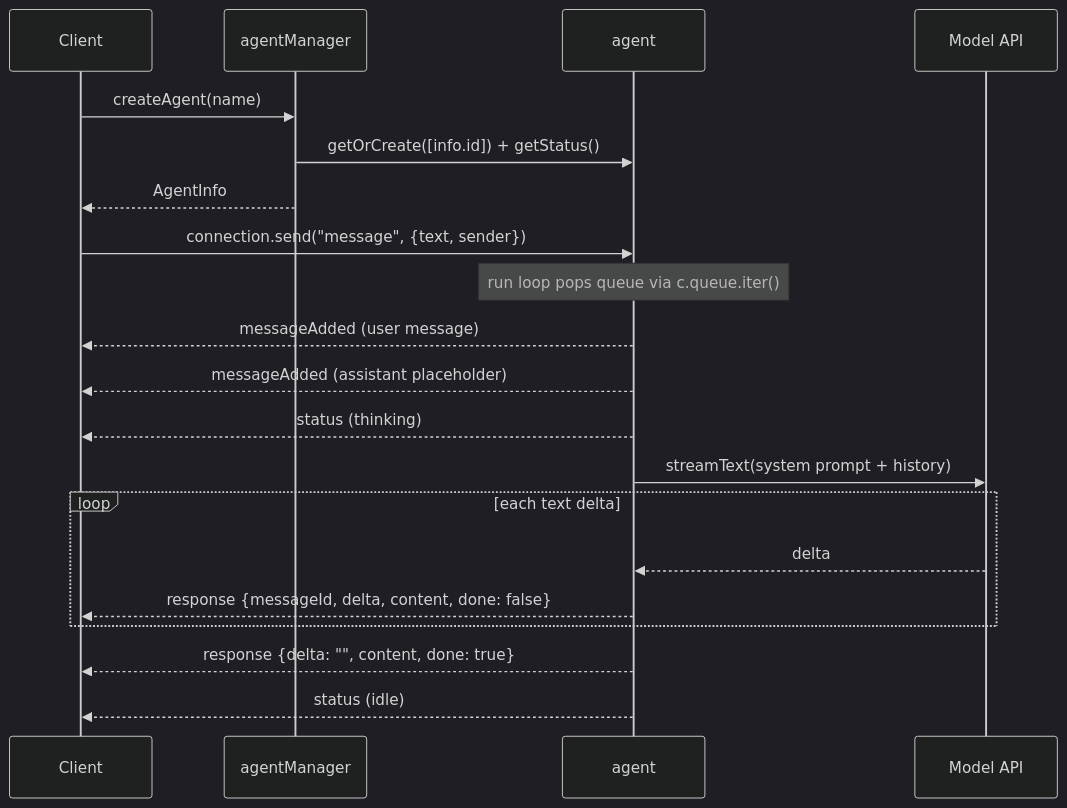
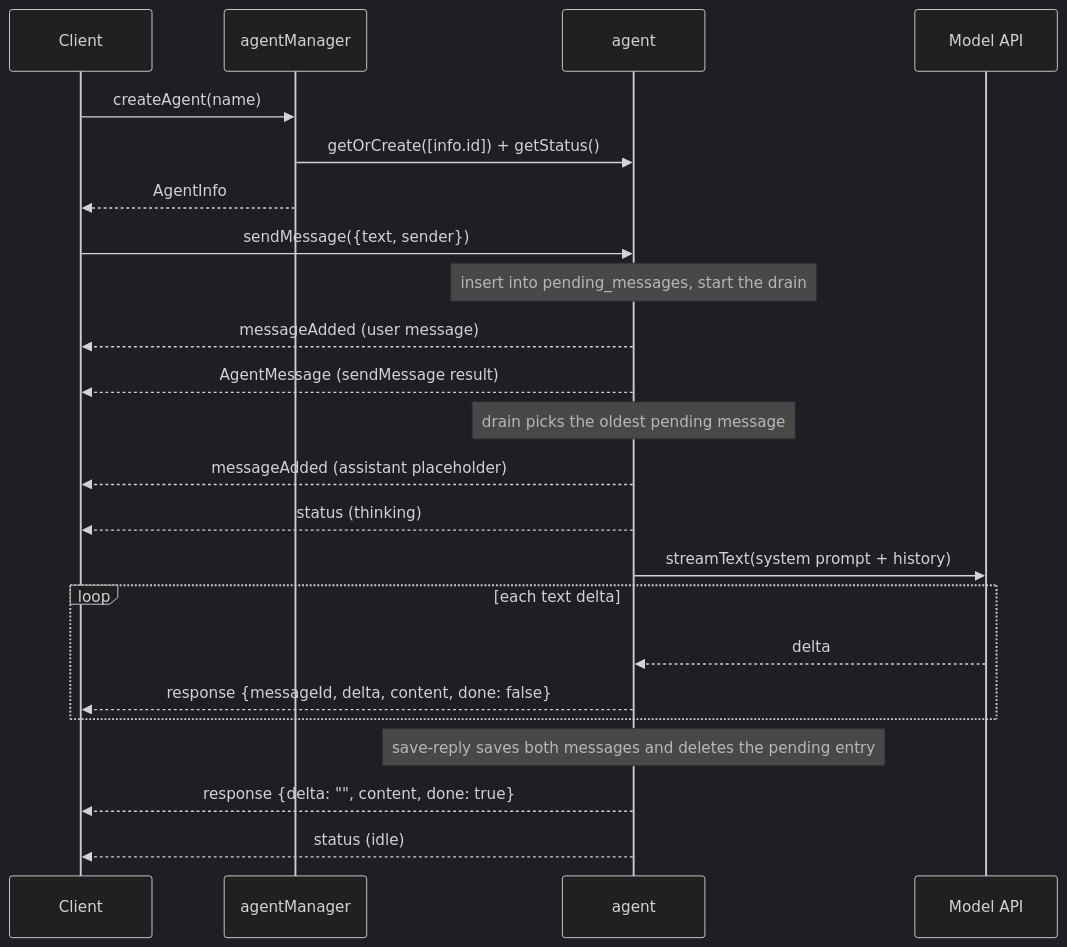
Before and after one commit to rivet-dev/rivet: the diagram in docs/actors/content/guides/ai-agent.mdx, drawn with Mermaid (dark theme). The commit also changed other lines of this file and 494 other files, not shown here.

````diff
--- a/docs/actors/content/guides/ai-agent.mdx
+++ b/docs/actors/content/guides/ai-agent.mdx
@@ -100,23 +107,26 @@
 ```mermaid
 sequenceDiagram
 	participant C as Client
 	participant AM as agentManager
 	participant A as agent
 	participant LLM as Model API
 
 	C->>AM: createAgent(name)
 	AM->>A: getOrCreate([info.id]) + getStatus()
 	AM-->>C: AgentInfo
-	C->>A: connection.send("message", {text, sender})
-	Note over A: run loop pops queue via c.queue.iter()
+	C->>A: sendMessage({text, sender})
+	Note over A: insert into pending_messages, start the drain
 	A-->>C: messageAdded (user message)
+	A-->>C: AgentMessage (sendMessage result)
+	Note over A: drain picks the oldest pending message
 	A-->>C: messageAdded (assistant placeholder)
 	A-->>C: status (thinking)
 	A->>LLM: streamText(system prompt + history)
 	loop each text delta
 		LLM-->>A: delta
 		A-->>C: response {messageId, delta, content, done: false}
 	end
+	Note over A: save-reply saves both messages and deletes the pending entry
 	A-->>C: response {delta: "", content, done: true}
 	A-->>C: status (idle)
 ```
````
